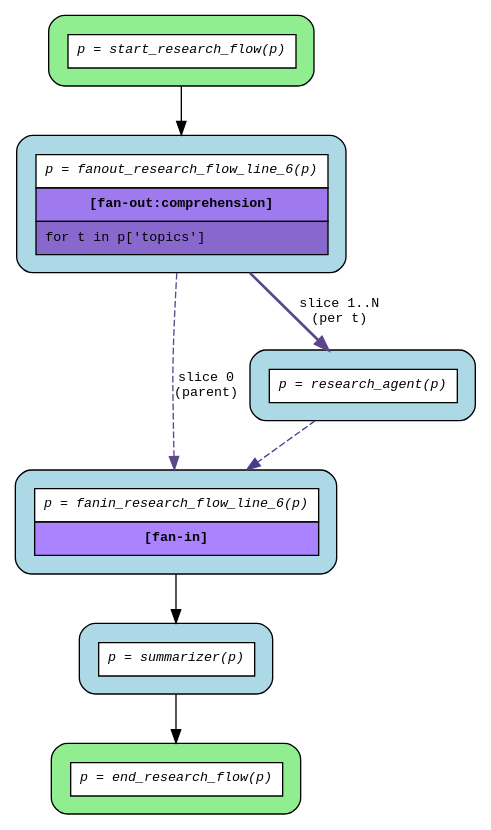
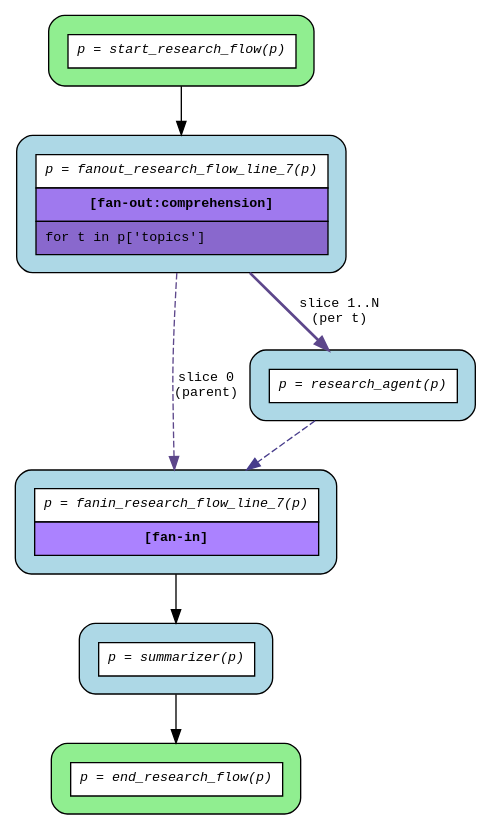
The diagram in src/asya-testing/asya_testing/flows/research_flow/compiled/flow.dot (deliveryhero/asya), drawn with Graphviz before and after one commit. The commit also changed 3 other files, not shown here.

Commit message:
fix(e2e): regenerate flow diagrams (dot + svg) after no-op decorator +1 line shift

```diff
--- a/src/asya-testing/asya_testing/flows/research_flow/compiled/flow.dot
+++ b/src/asya-testing/asya_testing/flows/research_flow/compiled/flow.dot
@@ -1,20 +1,20 @@
 digraph flow {
   rankdir=TB;
   graph [fontname="Courier", fontsize=10];
   node [fontname="Courier", fontsize=10, shape=box, style="filled,rounded", margin="0.2"];
   edge [fontname="Courier", fontsize=10];
 
   start_research_flow [fillcolor="lightgreen", group="main", label=<<table border="0" cellspacing="0" cellpadding="6" cellborder="1"><tr><td bgcolor="white" align="center"><i>p = start_research_flow(p)</i></td></tr></table>>];
-  fanout_research_flow_line_6 [fillcolor="lightblue", group="main", label=<<table border="0" cellspacing="0" cellpadding="6" cellborder="1"><tr><td bgcolor="white" align="center"><i>p = fanout_research_flow_line_6(p)</i></td></tr><tr><td bgcolor="mediumpurple2" align="center"><b>[fan-out:comprehension]</b></td></tr><tr><td bgcolor="mediumpurple3" align="left">for t in p['topics']</td></tr></table>>];
+  fanout_research_flow_line_7 [fillcolor="lightblue", group="main", label=<<table border="0" cellspacing="0" cellpadding="6" cellborder="1"><tr><td bgcolor="white" align="center"><i>p = fanout_research_flow_line_7(p)</i></td></tr><tr><td bgcolor="mediumpurple2" align="center"><b>[fan-out:comprehension]</b></td></tr><tr><td bgcolor="mediumpurple3" align="left">for t in p['topics']</td></tr></table>>];
   end_research_flow [fillcolor="lightgreen", group="main", label=<<table border="0" cellspacing="0" cellpadding="6" cellborder="1"><tr><td bgcolor="white" align="center"><i>p = end_research_flow(p)</i></td></tr></table>>];
-  fanin_research_flow_line_6 [fillcolor="lightblue", label=<<table border="0" cellspacing="0" cellpadding="6" cellborder="1"><tr><td bgcolor="white" align="center"><i>p = fanin_research_flow_line_6(p)</i></td></tr><tr><td bgcolor="mediumpurple1" align="center"><b>[fan-in]</b></td></tr></table>>];
+  fanin_research_flow_line_7 [fillcolor="lightblue", label=<<table border="0" cellspacing="0" cellpadding="6" cellborder="1"><tr><td bgcolor="white" align="center"><i>p = fanin_research_flow_line_7(p)</i></td></tr><tr><td bgcolor="mediumpurple1" align="center"><b>[fan-in]</b></td></tr></table>>];
   research_agent [fillcolor="lightblue", label=<<table border="0" cellspacing="0" cellpadding="6" cellborder="1"><tr><td bgcolor="white" align="center"><i>p = research_agent(p)</i></td></tr></table>>];
   summarizer [fillcolor="lightblue", label=<<table border="0" cellspacing="0" cellpadding="6" cellborder="1"><tr><td bgcolor="white" align="center"><i>p = summarizer(p)</i></td></tr></table>>];
 
-  fanin_research_flow_line_6 -> summarizer;
-  fanout_research_flow_line_6 -> fanin_research_flow_line_6 [color=mediumpurple4, label="slice 0\n(parent)", style=dashed];
-  fanout_research_flow_line_6 -> research_agent [color=mediumpurple4, label="slice 1..N\n(per t)", style=bold];
-  research_agent -> fanin_research_flow_line_6 [color=slateblue4, style=dashed];
-  start_research_flow -> fanout_research_flow_line_6;
+  fanin_research_flow_line_7 -> summarizer;
+  fanout_research_flow_line_7 -> fanin_research_flow_line_7 [color=mediumpurple4, label="slice 0\n(parent)", style=dashed];
+  fanout_research_flow_line_7 -> research_agent [color=mediumpurple4, label="slice 1..N\n(per t)", style=bold];
+  research_agent -> fanin_research_flow_line_7 [color=slateblue4, style=dashed];
+  start_research_flow -> fanout_research_flow_line_7;
   summarizer -> end_research_flow;
 }
```
